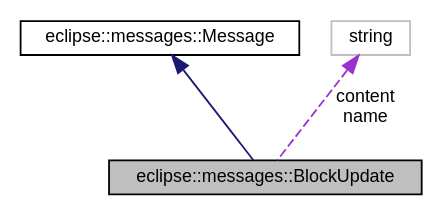
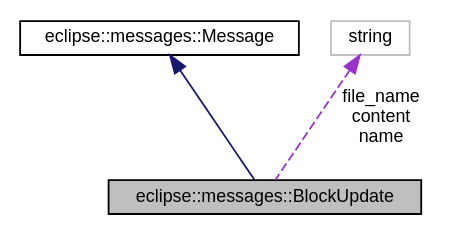
One commit to DICL/VeloxDFS changed the diagram in structeclipse_1_1messages_1_1BlockUpdate__coll__graph.dot. Above: the diagram before and after it, drawn with Graphviz. The commit also changed 235 other files, not shown here.

```diff
--- a/structeclipse_1_1messages_1_1BlockUpdate__coll__graph.dot
+++ b/structeclipse_1_1messages_1_1BlockUpdate__coll__graph.dot
@@ -1,10 +1,10 @@
 digraph G
 {
   edge [fontname="Helvetica",fontsize="10",labelfontname="Helvetica",labelfontsize="10"];
   node [fontname="Helvetica",fontsize="10",shape=record];
   Node1 [label="eclipse::messages::BlockUpdate",height=0.2,width=0.4,color="black", fillcolor="grey75", style="filled" fontcolor="black"];
   Node2 -> Node1 [dir="back",color="midnightblue",fontsize="10",style="solid",fontname="Helvetica"];
   Node2 [label="eclipse::messages::Message",height=0.2,width=0.4,color="black", fillcolor="white", style="filled",URL="$structeclipse_1_1messages_1_1Message.html"];
-  Node3 -> Node1 [dir="back",color="darkorchid3",fontsize="10",style="dashed",label=" content\nname" ,fontname="Helvetica"];
+  Node3 -> Node1 [dir="back",color="darkorchid3",fontsize="10",style="dashed",label=" file_name\ncontent\nname" ,fontname="Helvetica"];
   Node3 [label="string",height=0.2,width=0.4,color="grey75", fillcolor="white", style="filled"];
 }
```
